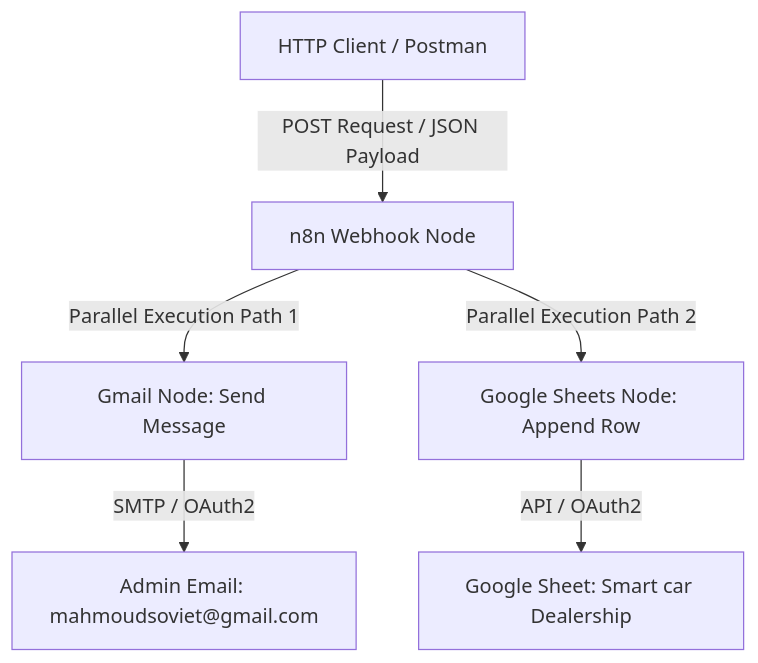
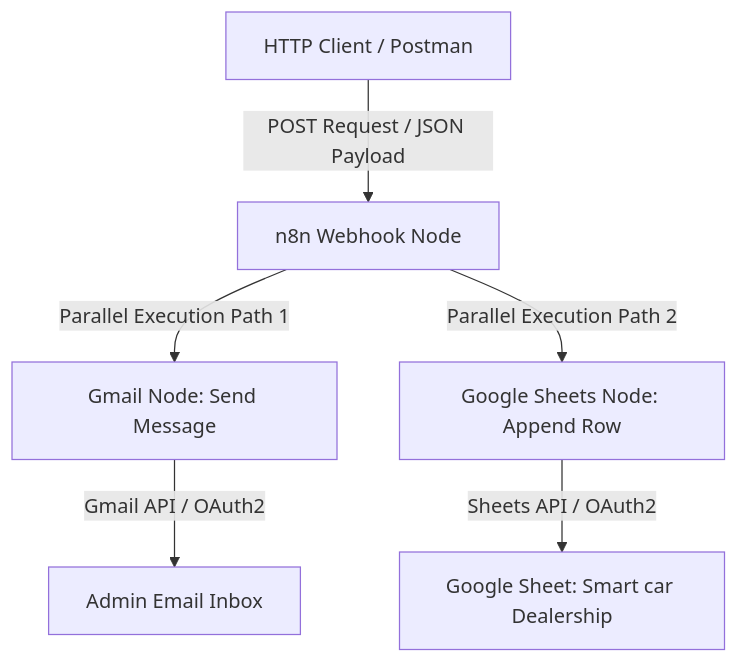
The diagram in README.md (MahmoudOG54/smart-car-dealership), drawn with Mermaid before and after one commit. The commit also changed other lines of this file, not shown here.

````diff
--- a/README.md
+++ b/README.md
@@ -33,9 +68,9 @@
 ```mermaid
 graph TD
     Client[HTTP Client / Postman] -->|POST Request / JSON Payload| Webhook[n8n Webhook Node]
     Webhook -->|Parallel Execution Path 1| Gmail[Gmail Node: Send Message]
     Webhook -->|Parallel Execution Path 2| Sheets[Google Sheets Node: Append Row]
-    
-    Gmail -->|SMTP / OAuth2| Inbox[Admin Email: mahmoudsoviet@gmail.com]
-    Sheets -->|API / OAuth2| GSheet[Google Sheet: Smart car Dealership]
+
+    Gmail -->|Gmail API / OAuth2| Inbox[Admin Email Inbox]
+    Sheets -->|Sheets API / OAuth2| GSheet[Google Sheet: Smart car Dealership]
 ```
````
